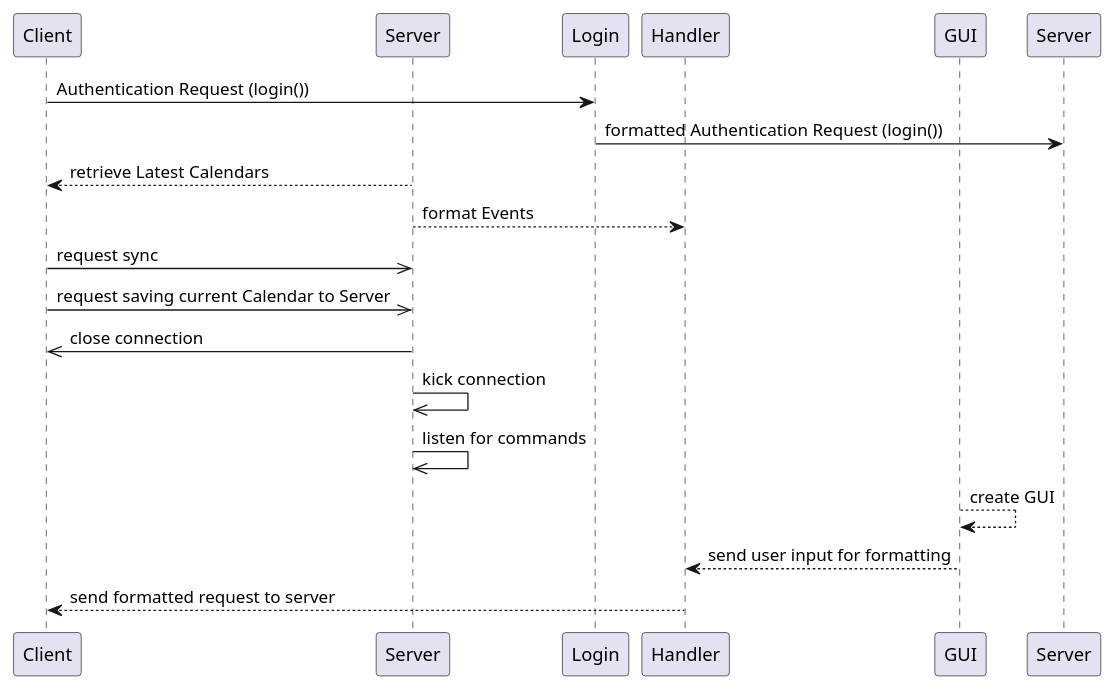
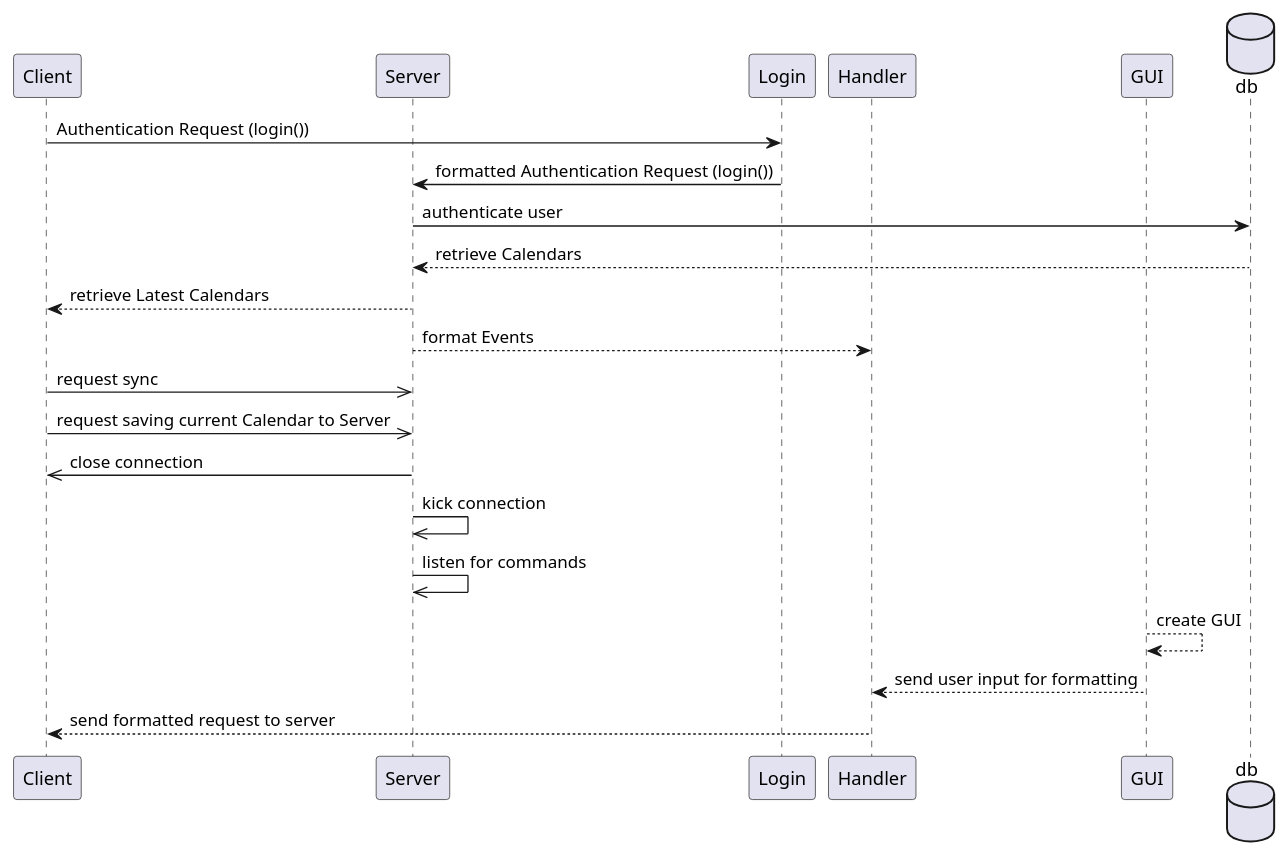
One commit to osakaruhub/Tasker changed the diagram in diagrams/seq.pu. Above: the diagram before and after it, drawn with PlantUML. The commit also changed 4 other files, not shown here.

First line of the commit message:
added sample db diagram, changed seq diagram

```diff
--- a/diagrams/seq.pu
+++ b/diagrams/seq.pu
@@ -1,25 +1,28 @@
 @startuml
 
 skinparam Shadowing false
 
 participant Client as C
 participant Server as S
 participant Login as auth
 participant Handler as H
 participant GUI as G
+database db
 
 C -> auth: Authentication Request (login())
-auth -> Server: formatted Authentication Request (login())
+auth -> S: formatted Authentication Request (login())
+S -> db: authenticate user
+db --> S: retrieve Calendars
 S --> C: retrieve Latest Calendars
 S --> H: format Events
 C ->> S: request sync
 C ->> S: request saving current Calendar to Server
 S ->> C: close connection
 S ->> S: kick connection
 S ->> S: listen for commands
 G --> G: create GUI
 G --> H: send user input for formatting
 H --> C: send formatted request to server 
 
 '!include ../../plantuml-styles/ae-copyright-footer.txt
 @enduml
```
